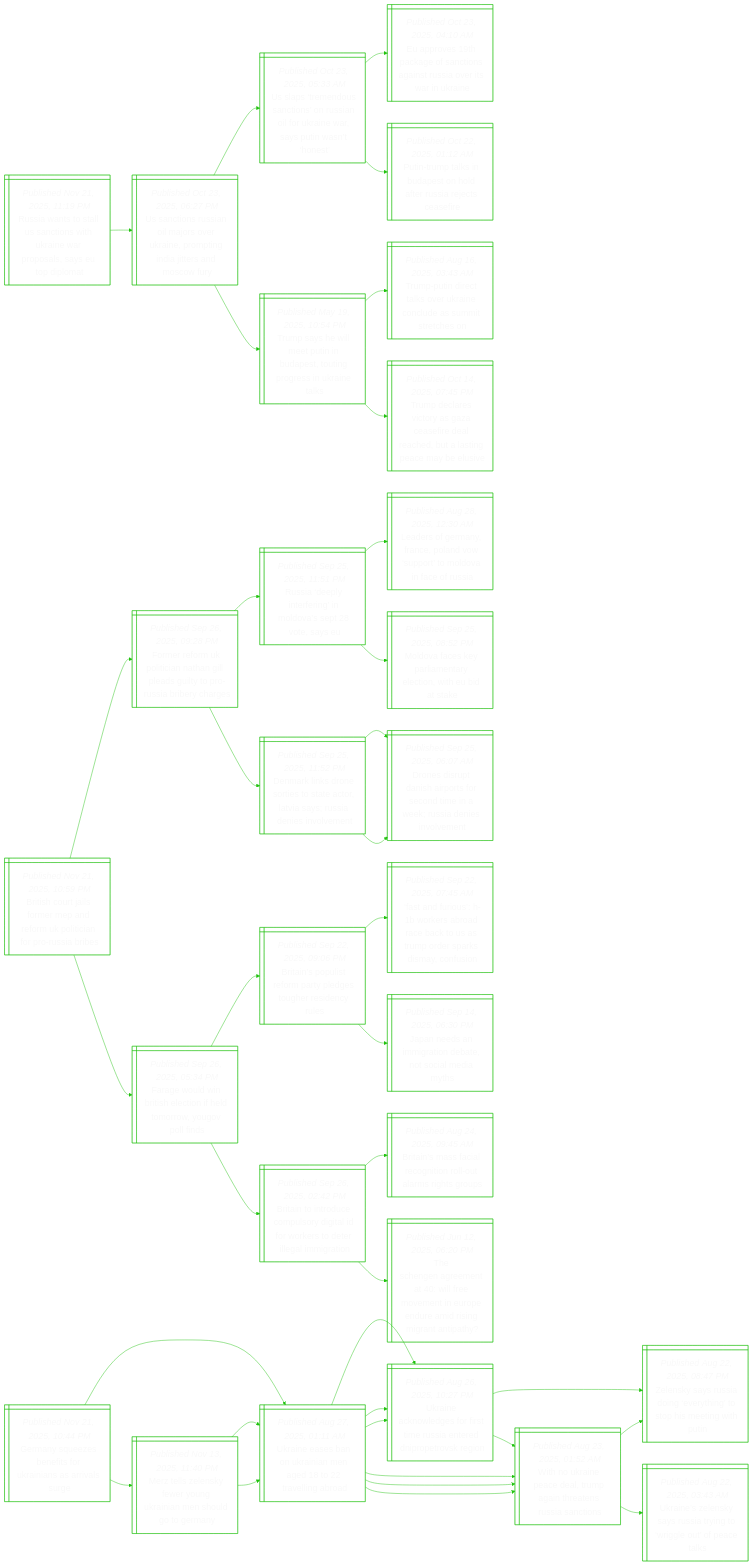
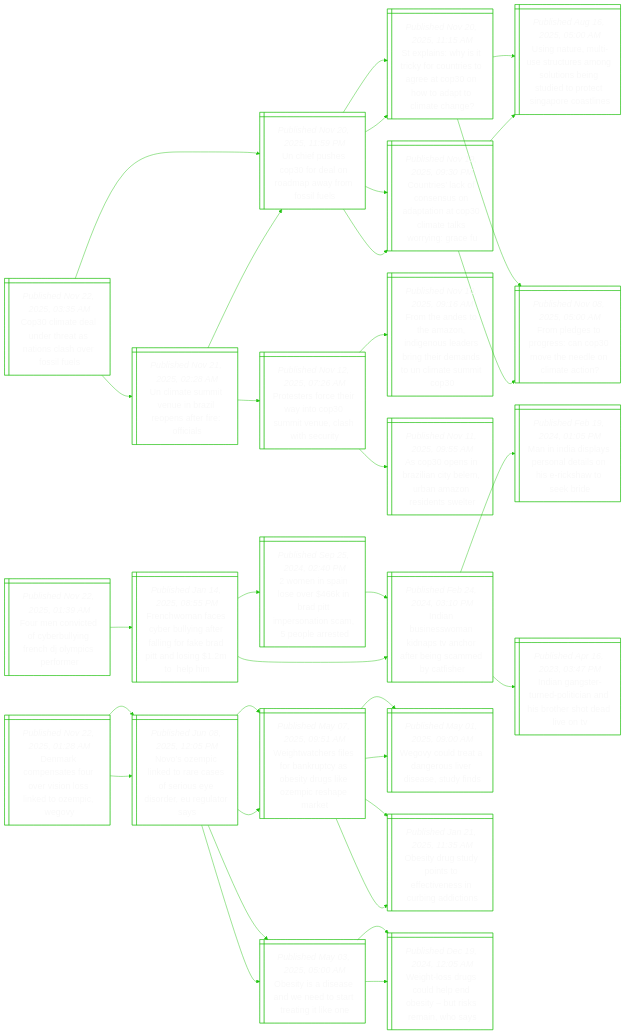
Before and after one commit to notJmes/notJmes: the diagram in README.md, drawn with Mermaid. The commit also changed other lines of this file, not shown here.

````diff
--- a/README.md
+++ b/README.md
@@ -16,121 +16,112 @@
 flowchart LR
 classDef txtsize font-size:20px;
 
-Rasasiirwolspo@{ shape: win-pane, label: "_Published Nov 21, 2025, 11:19 PM_
-Russia wants to stall us sanctions with ukraine war proposals, says eu top diplomat" }
-Ucsilrrionitncr@{ shape: win-pane, label: "_Published Oct 23, 2025, 06:27 PM_
-Us sanctions russian oil majors over ukraine, prompting india jitters and moscow fury" }
-UpmucssorirPwht@{ shape: win-pane, label: "_Published Oct 23, 2025, 05:33 AM_
-Us slaps ‘tremendous sanctions’ on russian oil for ukraine war, says putin wasn’t ‘honest’" }
-ErtkftassewUn@{ shape: win-pane, label: "_Published Oct 23, 2025, 04:10 AM_
-Eu approves 19th package of sanctions against russia over its war in ukraine" }
-PTtiaodrieei@{ shape: win-pane, label: "_Published Oct 22, 2025, 01:12 AM_
-Putin-trump talks in budapest on hold after russia rejects ceasefire" }
-Tsemunpogrnil@{ shape: win-pane, label: "_Published May 19, 2025, 10:54 PM_
-Trump says he will meet putin in budapest, touting progress in ukraine talks" }
-TPdtsUncamre@{ shape: win-pane, label: "_Published Aug 16, 2025, 03:43 AM_
-Trump-putin direct talks over ukraine conclude as summit stretches on" }
-Tdrcaaededlncbs@{ shape: win-pane, label: "_Published Oct 14, 2025, 07:45 PM_
-Trump declares victory as gaza ceasefire deal reached, but a lasting peace may be elusive" }
+Cidnhailvsu@{ shape: win-pane, label: "_Published Nov 22, 2025, 03:35 AM_
+Cop30 climate deal under threat as nations clash over fossil fuels" }
+UehPerayfls@{ shape: win-pane, label: "_Published Nov 20, 2025, 11:59 PM_
+Un chief pushes cop30 for deal on roadmap away from fossil fuels" }
+SlWicrtteOodoaa@{ shape: win-pane, label: "_Published Nov 20, 2025, 11:15 AM_
+St explains: why is it tricky for countries to agree at cop30 on how to adapt to climate change?" }
+Uneitumooiuttioan@{ shape: win-pane, label: "_Published Aug 16, 2025, 05:00 AM_
+Using nature, multi-use structures among solutions being studied to protect singapore coastlines" }
+FlsosOeeomc@{ shape: win-pane, label: "_Published Nov 08, 2025, 05:00 AM_
+From pledges to progress: can cop30 move the needle on climate action?" }
+CracnntnPalrge@{ shape: win-pane, label: "_Published Nov 19, 2025, 09:30 PM_
+Countries’ lack of consensus on adaptation at cop30 climate talks worrying: grace fu" }
+Uneitumooiuttioan@{ shape: win-pane, label: "_Published Aug 16, 2025, 05:00 AM_
+Using nature, multi-use structures among solutions being studied to protect singapore coastlines" }
+FlsosOeeomc@{ shape: win-pane, label: "_Published Nov 08, 2025, 05:00 AM_
+From pledges to progress: can cop30 move the needle on climate action?" }
+Umuvizoaffa@{ shape: win-pane, label: "_Published Nov 21, 2025, 02:28 AM_
+Un climate summit venue in brazil reopens after fire: officials" }
+Psftwtstehsi@{ shape: win-pane, label: "_Published Nov 12, 2025, 07:26 AM_
+Protesters force their way into cop30 summit venue, clash with security" }
+FhehzdoabtddNamO@{ shape: win-pane, label: "_Published Nov 10, 2025, 09:16 AM_
+From the andes to the amazon, indigenous leaders bring their demands to un climate summit cop30" }
+AoiznBuAndse@{ shape: win-pane, label: "_Published Nov 11, 2025, 09:55 AM_
+As cop30 opens in brazilian city belem, urban amazon residents swelter" }
+UehPerayfls@{ shape: win-pane, label: "_Published Nov 20, 2025, 11:59 PM_
+Un chief pushes cop30 for deal on roadmap away from fossil fuels" }
+SlWicrtteOodoaa@{ shape: win-pane, label: "_Published Nov 20, 2025, 11:15 AM_
+St explains: why is it tricky for countries to agree at cop30 on how to adapt to climate change?" }
+CracnntnPalrge@{ shape: win-pane, label: "_Published Nov 19, 2025, 09:30 PM_
+Countries’ lack of consensus on adaptation at cop30 climate talks worrying: grace fu" }
 
-Rasasiirwolspo:::txtsize --> Ucsilrrionitncr:::txtsize
-Ucsilrrionitncr:::txtsize --> UpmucssorirPwht:::txtsize
-UpmucssorirPwht:::txtsize --> ErtkftassewUn:::txtsize
-UpmucssorirPwht:::txtsize --> PTtiaodrieei:::txtsize
-Ucsilrrionitncr:::txtsize --> Tsemunpogrnil:::txtsize
-Tsemunpogrnil:::txtsize --> TPdtsUncamre:::txtsize
-Tsemunpogrnil:::txtsize --> Tdrcaaededlncbs:::txtsize
+Cidnhailvsu:::txtsize --> UehPerayfls:::txtsize
+UehPerayfls:::txtsize --> SlWicrtteOodoaa:::txtsize
+SlWicrtteOodoaa:::txtsize --> Uneitumooiuttioan:::txtsize
+SlWicrtteOodoaa:::txtsize --> FlsosOeeomc:::txtsize
+UehPerayfls:::txtsize --> CracnntnPalrge:::txtsize
+CracnntnPalrge:::txtsize --> Uneitumooiuttioan:::txtsize
+CracnntnPalrge:::txtsize --> FlsosOeeomc:::txtsize
+Cidnhailvsu:::txtsize --> Umuvizoaffa:::txtsize
+Umuvizoaffa:::txtsize --> Psftwtstehsi:::txtsize
+Psftwtstehsi:::txtsize --> FhehzdoabtddNamO:::txtsize
+Psftwtstehsi:::txtsize --> AoiznBuAndse:::txtsize
+Umuvizoaffa:::txtsize --> UehPerayfls:::txtsize
+UehPerayfls:::txtsize --> SlWicrtteOodoaa:::txtsize
+UehPerayfls:::txtsize --> CracnntnPalrge:::txtsize
 
-BsrlmPeUiapsr@{ shape: win-pane, label: "_Published Nov 21, 2025, 10:59 PM_
-British court jails former mep and reform uk politician for pro-russia bribes" }
-FrrocaGlgyoibhs@{ shape: win-pane, label: "_Published Sep 26, 2025, 09:28 PM_
-Former reform uk politician nathan gill  pleads guilty to pro-russia bribery charges" }
-RaleiMvpeE@{ shape: win-pane, label: "_Published Sep 25, 2025, 11:51 PM_
-Russia ‘deeply interfering’ in moldova’s sept 28 vote, says eu" }
-LreycawoMvaRa@{ shape: win-pane, label: "_Published Aug 28, 2025, 12:30 AM_
-Leaders of germany, france, poland vow ‘support’ to moldova in face of russia" }
-MvepaaenEak@{ shape: win-pane, label: "_Published Sep 25, 2025, 08:52 PM_
-Moldova faces key parliamentary election, with eu bid at stake" }
-Drkntoerisiivm@{ shape: win-pane, label: "_Published Sep 25, 2025, 11:52 PM_
-Denmark links drone sorties to state actor, latvia says; russia denies involvement" }
-Dsunitsdiesnne@{ shape: win-pane, label: "_Published Sep 25, 2025, 06:07 AM_
-Drones disrupt danish airports for second time in a week; russia denies involvement" }
-Dsunitsdiesnne@{ shape: win-pane, label: "_Published Sep 25, 2025, 06:07 AM_
-Drones disrupt danish airports for second time in a week; russia denies involvement" }
-Fedrhtftruon@{ shape: win-pane, label: "_Published Sep 26, 2025, 05:34 PM_
-Farage would win british election if held tomorrow, yougov poll finds" }
-Biptrtdordr@{ shape: win-pane, label: "_Published Sep 22, 2025, 09:06 PM_
-Britain’s populist reform party pledges tougher residency rules" }
-FniBeracSudaics@{ shape: win-pane, label: "_Published Sep 22, 2025, 07:45 AM_
-‘fast and furious’: h-1b workers abroad race back to us as trump order sparks dismay, confusion" }
-Jnaiiboidt@{ shape: win-pane, label: "_Published Sep 14, 2025, 06:30 PM_
-Japan needs an immigration debate, not social media myths" }
-BinumogIwrellgo@{ shape: win-pane, label: "_Published Sep 26, 2025, 02:42 PM_
-Britain to introduce compulsory digital id for workers to deter illegal immigration" }
-Bisictotmho@{ shape: win-pane, label: "_Published Aug 24, 2025, 09:45 AM_
-Britain’s mass facial recognition roll-out alarms rights groups" }
-ThnealmeEerdnrnt@{ shape: win-pane, label: "_Published Jun 12, 2025, 06:20 PM_
-The schengen agreement at 40: will free movement in europe endure amid rising migrant antipathy?" }
+Fevdblgclcfr@{ shape: win-pane, label: "_Published Nov 22, 2025, 01:39 AM_
+Four men convicted of cyberbullying french dj olympics performer" }
+Fhnsryfagaatoml@{ shape: win-pane, label: "_Published Jan 14, 2025, 08:55 PM_
+Frenchwoman faces cyber bullying after falling for fake brad pitt and losing $1.2m to  help him" }
+wiiekatrtcore@{ shape: win-pane, label: "_Published Sep 25, 2024, 02:40 PM_
+2 women in spain lose over $466k in brad pitt impersonation scam, 5 people arrested" }
+Innoiscfecdte@{ shape: win-pane, label: "_Published Feb 24, 2024, 03:10 PM_
+Indian businesswoman kidnaps tv anchor after being scammed by catfisher" }
+Innoiscfecdte@{ shape: win-pane, label: "_Published Feb 24, 2024, 03:10 PM_
+Indian businesswoman kidnaps tv anchor after being scammed by catfisher" }
+MIdarlihiaei@{ shape: win-pane, label: "_Published Feb 19, 2024, 01:05 PM_
+Man in india displays personal details on his e-rickshaw to seek bride" }
+Insupiashodo@{ shape: win-pane, label: "_Published Apr 16, 2023, 03:47 PM_
+Indian gangster-turned-politician and his brother shot dead live on tv" }
 
-BsrlmPeUiapsr:::txtsize --> FrrocaGlgyoibhs:::txtsize
-FrrocaGlgyoibhs:::txtsize --> RaleiMvpeE:::txtsize
-RaleiMvpeE:::txtsize --> LreycawoMvaRa:::txtsize
-RaleiMvpeE:::txtsize --> MvepaaenEak:::txtsize
-FrrocaGlgyoibhs:::txtsize --> Drkntoerisiivm:::txtsize
-Drkntoerisiivm:::txtsize --> Dsunitsdiesnne:::txtsize
-Drkntoerisiivm:::txtsize --> Dsunitsdiesnne:::txtsize
-BsrlmPeUiapsr:::txtsize --> Fedrhtftruon:::txtsize
-Fedrhtftruon:::txtsize --> Biptrtdordr:::txtsize
-Biptrtdordr:::txtsize --> FniBeracSudaics:::txtsize
-Biptrtdordr:::txtsize --> Jnaiiboidt:::txtsize
-Fedrhtftruon:::txtsize --> BinumogIwrellgo:::txtsize
-BinumogIwrellgo:::txtsize --> Bisictotmho:::txtsize
-BinumogIwrellgo:::txtsize --> ThnealmeEerdnrnt:::txtsize
+Fevdblgclcfr:::txtsize --> Fhnsryfagaatoml:::txtsize
+Fhnsryfagaatoml:::txtsize --> wiiekatrtcore:::txtsize
+wiiekatrtcore:::txtsize --> Innoiscfecdte:::txtsize
+Fhnsryfagaatoml:::txtsize --> Innoiscfecdte:::txtsize
+Innoiscfecdte:::txtsize --> MIdarlihiaei:::txtsize
+Innoiscfecdte:::txtsize --> Insupiashodo:::txtsize
 
-Gnebirisrse@{ shape: win-pane, label: "_Published Nov 21, 2025, 10:44 PM_
-Germany squeezes benefits for ukrainians as arrivals surge" }
-Uneoangtlad@{ shape: win-pane, label: "_Published Aug 27, 2025, 01:11 AM_
-Ukraine eases ban on ukrainian men aged 18 to 22 travelling abroad" }
-Unndoseienpvg@{ shape: win-pane, label: "_Published Aug 26, 2025, 10:27 PM_
-Ukraine acknowledges for first time russia entered dnipropetrovsk region" }
-Zsysieisitit@{ shape: win-pane, label: "_Published Aug 22, 2025, 08:47 PM_
-Zelensky says russia doing ‘everything’ to stop his meeting with putin" }
-Woiaamiesics@{ shape: win-pane, label: "_Published Aug 23, 2025, 01:52 AM_
-With no ukraine peace deal, trump again threatens russia sanctions" }
-Woiaamiesics@{ shape: win-pane, label: "_Published Aug 23, 2025, 01:52 AM_
-With no ukraine peace deal, trump again threatens russia sanctions" }
-UnlyRanrefes@{ shape: win-pane, label: "_Published Aug 22, 2025, 03:43 AM_
-Ukraine’s zelensky says russia trying to ‘wriggle out’ of peace talks" }
-Zsysieisitit@{ shape: win-pane, label: "_Published Aug 22, 2025, 08:47 PM_
-Zelensky says russia doing ‘everything’ to stop his meeting with putin" }
-Meekenanhgey@{ shape: win-pane, label: "_Published Nov 13, 2025, 11:40 PM_
-Merz tells zelensky fewer young ukrainian men should go to germany" }
-Uneoangtlad@{ shape: win-pane, label: "_Published Aug 27, 2025, 01:11 AM_
-Ukraine eases ban on ukrainian men aged 18 to 22 travelling abroad" }
-Unndoseienpvg@{ shape: win-pane, label: "_Published Aug 26, 2025, 10:27 PM_
-Ukraine acknowledges for first time russia entered dnipropetrovsk region" }
-Woiaamiesics@{ shape: win-pane, label: "_Published Aug 23, 2025, 01:52 AM_
-With no ukraine peace deal, trump again threatens russia sanctions" }
-Uneoangtlad@{ shape: win-pane, label: "_Published Aug 27, 2025, 01:11 AM_
-Ukraine eases ban on ukrainian men aged 18 to 22 travelling abroad" }
-Unndoseienpvg@{ shape: win-pane, label: "_Published Aug 26, 2025, 10:27 PM_
-Ukraine acknowledges for first time russia entered dnipropetrovsk region" }
-Woiaamiesics@{ shape: win-pane, label: "_Published Aug 23, 2025, 01:52 AM_
-With no ukraine peace deal, trump again threatens russia sanctions" }
+Drpturosezcv@{ shape: win-pane, label: "_Published Nov 22, 2025, 01:28 AM_
+Denmark compensates four over vision loss linked to ozempic, wegovy" }
+NOikrafoerUls@{ shape: win-pane, label: "_Published Jun 08, 2025, 12:05 PM_
+Novo’s ozempic linked to rare cases of serious eye disorder, eu regulator says" }
+WthiokcbysOiha@{ shape: win-pane, label: "_Published May 07, 2025, 09:51 AM_
+Weightwatchers files for bankruptcy as obesity drugs like ozempic reshape market" }
+Wydtgsraun@{ shape: win-pane, label: "_Published May 01, 2025, 09:00 AM_
+Wegovy could treat a dangerous liver disease, study finds" }
+Otgytfisugcs@{ shape: win-pane, label: "_Published Jan 21, 2025, 11:35 AM_
+Obesity drug study points to effectiveness in curbing addictions" }
+Otdswdaegk@{ shape: win-pane, label: "_Published May 03, 2025, 05:00 AM_
+Obesity is a disease and we need to start treating it like one" }
+WtdchnsukaO@{ shape: win-pane, label: "_Published Dec 19, 2024, 12:05 AM_
+Weight-loss drugs could help end obesity – but risks remain, who says" }
+NOikrafoerUls@{ shape: win-pane, label: "_Published Jun 08, 2025, 12:05 PM_
+Novo’s ozempic linked to rare cases of serious eye disorder, eu regulator says" }
+WthiokcbysOiha@{ shape: win-pane, label: "_Published May 07, 2025, 09:51 AM_
+Weightwatchers files for bankruptcy as obesity drugs like ozempic reshape market" }
+Wydtgsraun@{ shape: win-pane, label: "_Published May 01, 2025, 09:00 AM_
+Wegovy could treat a dangerous liver disease, study finds" }
+Otgytfisugcs@{ shape: win-pane, label: "_Published Jan 21, 2025, 11:35 AM_
+Obesity drug study points to effectiveness in curbing addictions" }
+Otdswdaegk@{ shape: win-pane, label: "_Published May 03, 2025, 05:00 AM_
+Obesity is a disease and we need to start treating it like one" }
+WtdchnsukaO@{ shape: win-pane, label: "_Published Dec 19, 2024, 12:05 AM_
+Weight-loss drugs could help end obesity – but risks remain, who says" }
 
-Gnebirisrse:::txtsize --> Uneoangtlad:::txtsize
-Uneoangtlad:::txtsize --> Unndoseienpvg:::txtsize
-Unndoseienpvg:::txtsize --> Zsysieisitit:::txtsize
-Unndoseienpvg:::txtsize --> Woiaamiesics:::txtsize
-Uneoangtlad:::txtsize --> Woiaamiesics:::txtsize
-Woiaamiesics:::txtsize --> UnlyRanrefes:::txtsize
-Woiaamiesics:::txtsize --> Zsysieisitit:::txtsize
-Gnebirisrse:::txtsize --> Meekenanhgey:::txtsize
-Meekenanhgey:::txtsize --> Uneoangtlad:::txtsize
-Uneoangtlad:::txtsize --> Unndoseienpvg:::txtsize
-Uneoangtlad:::txtsize --> Woiaamiesics:::txtsize
-Meekenanhgey:::txtsize --> Uneoangtlad:::txtsize
-Uneoangtlad:::txtsize --> Unndoseienpvg:::txtsize
-Uneoangtlad:::txtsize --> Woiaamiesics:::txtsize
+Drpturosezcv:::txtsize --> NOikrafoerUls:::txtsize
+NOikrafoerUls:::txtsize --> WthiokcbysOiha:::txtsize
+WthiokcbysOiha:::txtsize --> Wydtgsraun:::txtsize
+WthiokcbysOiha:::txtsize --> Otgytfisugcs:::txtsize
+NOikrafoerUls:::txtsize --> Otdswdaegk:::txtsize
+Otdswdaegk:::txtsize --> WtdchnsukaO:::txtsize
+Drpturosezcv:::txtsize --> NOikrafoerUls:::txtsize
+NOikrafoerUls:::txtsize --> WthiokcbysOiha:::txtsize
+WthiokcbysOiha:::txtsize --> Wydtgsraun:::txtsize
+WthiokcbysOiha:::txtsize --> Otgytfisugcs:::txtsize
+NOikrafoerUls:::txtsize --> Otdswdaegk:::txtsize
+Otdswdaegk:::txtsize --> WtdchnsukaO:::txtsize
 
 ```
````
